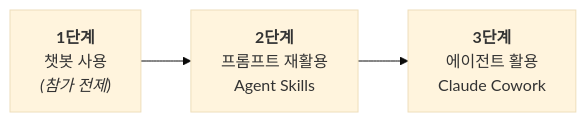
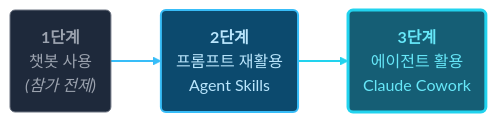
One commit to scroogy-dev/ai-onboarding changed the first of 2 diagrams in slides/slides.md. Above: the diagram before and after it, drawn with Mermaid (base theme). The commit also changed other lines of this file and 3 other files, not shown here.

````diff
--- a/slides/slides.md
+++ b/slides/slides.md
@@ -115,7 +154,15 @@
 ```mermaid {scale: 0.85}
 flowchart LR
-    A["<b>1단계</b><br/>챗봇 사용<br/><i>(참가 전제)</i>"]
-    B["<b>2단계</b><br/>프롬프트 재활용<br/>Agent Skills"]
-    C["<b>3단계</b><br/>에이전트 활용<br/>Claude Cowork"]
+    A("<b>1단계</b><br/>챗봇 사용<br/><i>(참가 전제)</i>")
+    B("<b>2단계</b><br/>프롬프트 재활용<br/>Agent Skills")
+    C("<b>3단계</b><br/>에이전트 활용<br/>Claude Cowork")
     A --> B --> C
+    classDef stage1 fill:#1e293b,stroke:#6b7280,color:#9ca3af,stroke-width:1px
+    classDef stage2 fill:#0c4a6e,stroke:#38bdf8,color:#bae6fd,stroke-width:2px
+    classDef stage3 fill:#155e75,stroke:#22d3ee,color:#67e8f9,stroke-width:3px
+    class A stage1
+    class B stage2
+    class C stage3
+    linkStyle 0 stroke:#38bdf8,stroke-width:2px
+    linkStyle 1 stroke:#22d3ee,stroke-width:2px
 ```
````
